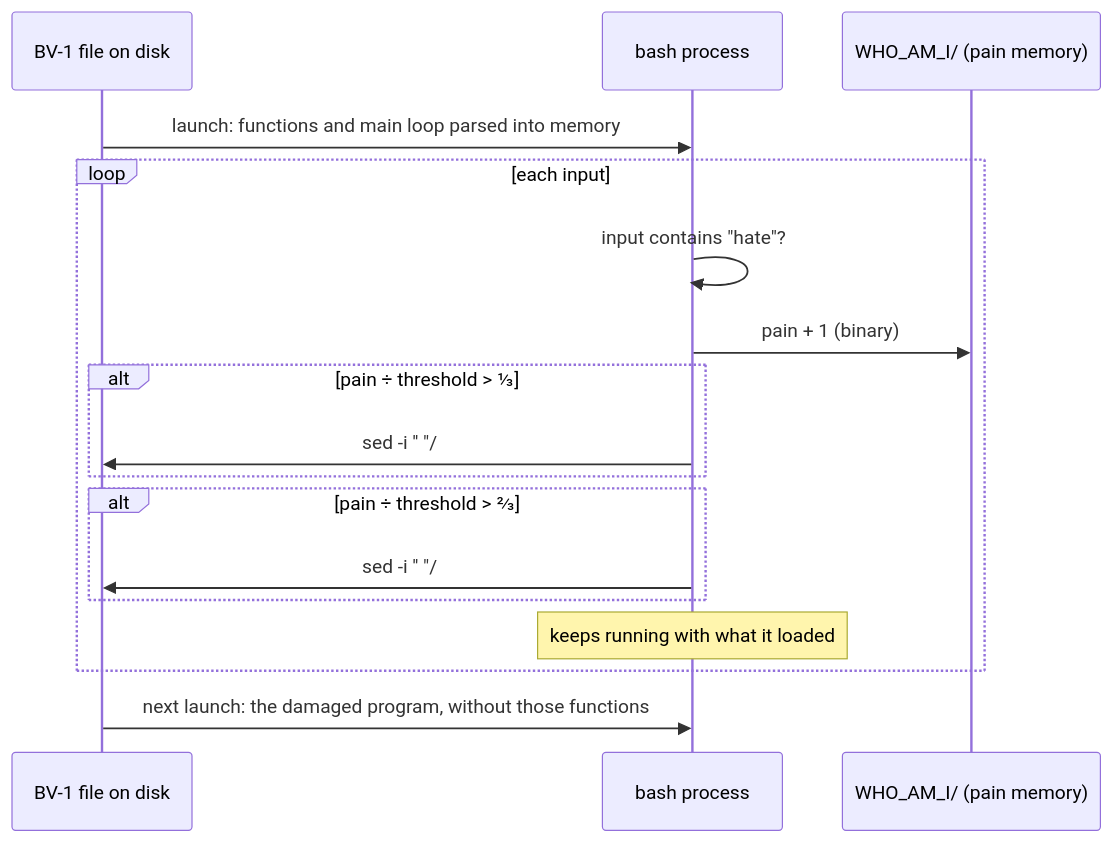
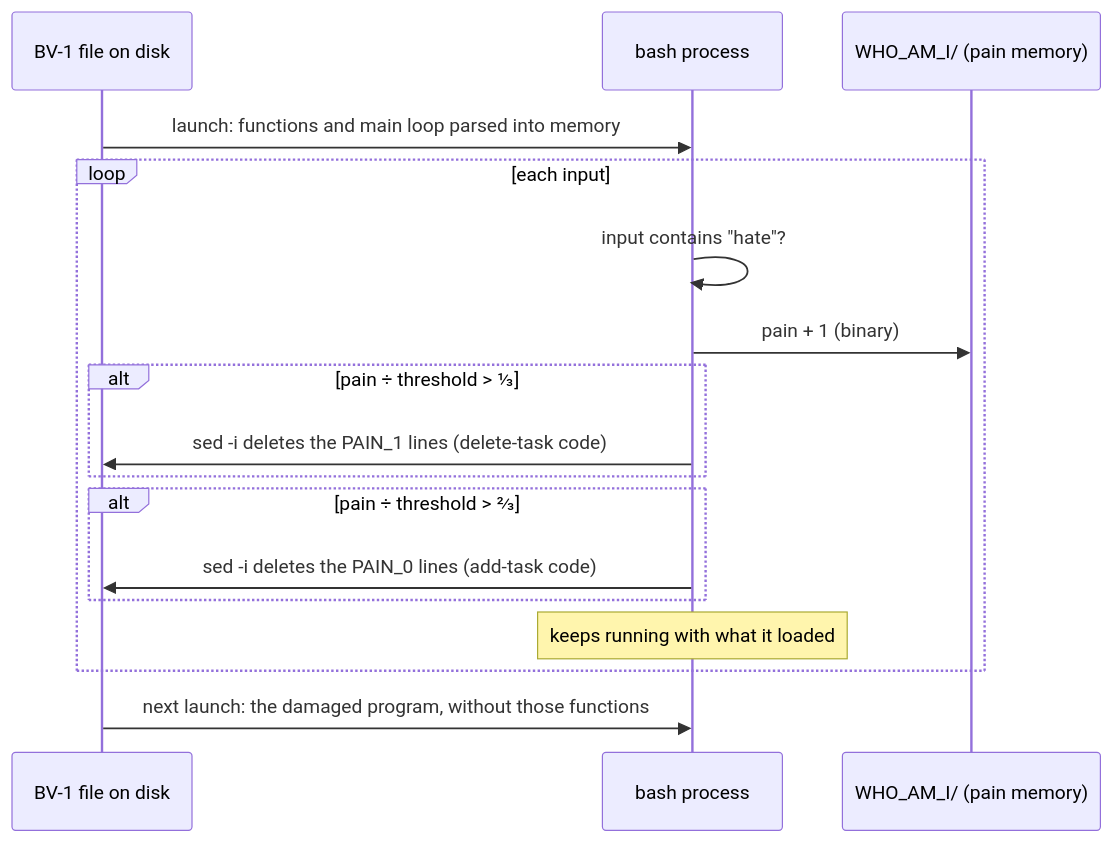
The diagram in ARCHITECTURE.md (sp4ce-cowboy/artificial-consciousness), drawn with Mermaid before and after one commit.

Commit message:
ARCHITECTURE: simpler sequence labels

````diff
--- a/ARCHITECTURE.md
+++ b/ARCHITECTURE.md
@@ -54,19 +54,19 @@
 ```mermaid
 sequenceDiagram
     participant F as BV-1 file on disk
     participant B as bash process
     participant W as WHO_AM_I/ (pain memory)
     F->>B: launch: functions and main loop parsed into memory
     loop each input
         B->>B: input contains "hate"?
         B->>W: pain + 1 (binary)
         alt pain ÷ threshold > ⅓
-            B->>F: sed -i '' "/# PAIN_1$/d" (delete-task code removed)
+            B->>F: sed -i deletes the PAIN_1 lines (delete-task code)
         end
         alt pain ÷ threshold > ⅔
-            B->>F: sed -i '' "/# PAIN_0$/d" (add-task code removed)
+            B->>F: sed -i deletes the PAIN_0 lines (add-task code)
         end
         Note over B: keeps running with what it loaded
     end
     F->>B: next launch: the damaged program, without those functions
 ```
````
